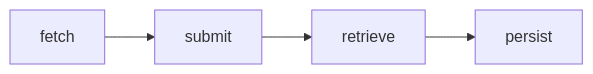
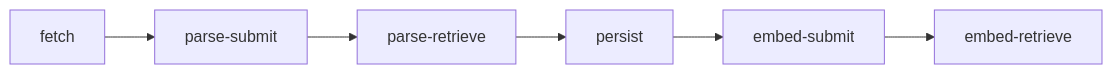
The first of 2 diagrams in docs/docs/consumer/recipe-ingestion.md (tkddnr1022/mealio), drawn with Mermaid before and after one commit. The commit also changed other lines of this file and 81 other files, not shown here.

````diff
--- a/docs/docs/consumer/recipe-ingestion.md
+++ b/docs/docs/consumer/recipe-ingestion.md
@@ -13,4 +13,4 @@
 ```mermaid
 flowchart LR
-    Fetch[fetch] --> Submit[submit] --> Retrieve[retrieve] --> Persist[persist]
+    Fetch[fetch] --> ParseSubmit[parse-submit] --> ParseRetrieve[parse-retrieve] --> Persist[persist] --> EmbedSubmit[embed-submit] --> EmbedRetrieve[embed-retrieve]
 ```
````
